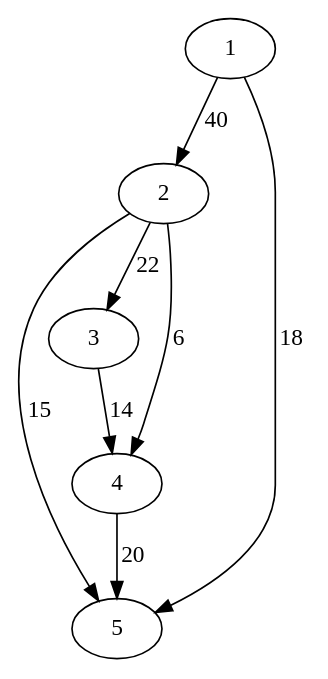
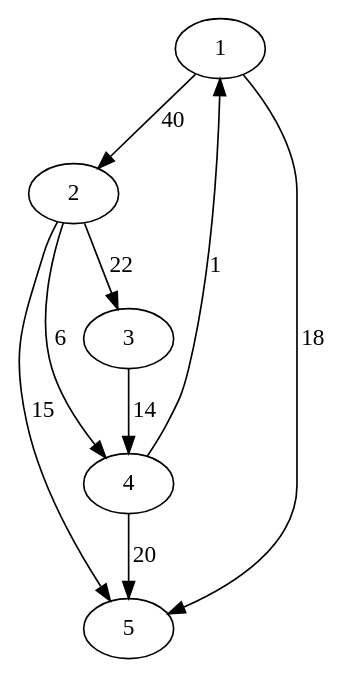
One commit to AlexanderSenchenko/Coursework_TRPO changed the diagram in example1.gv. Above: the diagram before and after it, drawn with Graphviz. The commit also changed 5 other files, not shown here.

```diff
--- a/example1.gv
+++ b/example1.gv
@@ -1,9 +1,10 @@
 digraph HelloWorld {
 	"1" -> "2"[label="40"];
 	"1" -> "5"[label="18"];
 	"2" -> "3"[label="22"];
 	"2" -> "4"[label="6"];
 	"2" -> "5"[label="15"];
 	"3" -> "4"[label="14"];
 	"4" -> "5"[label="20"];
+	"4" -> "1"[label="1"];
 }
```
